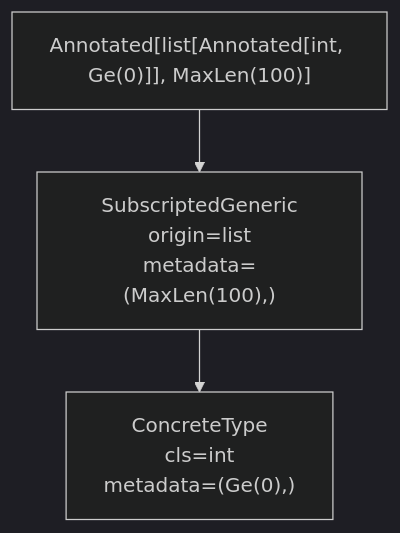
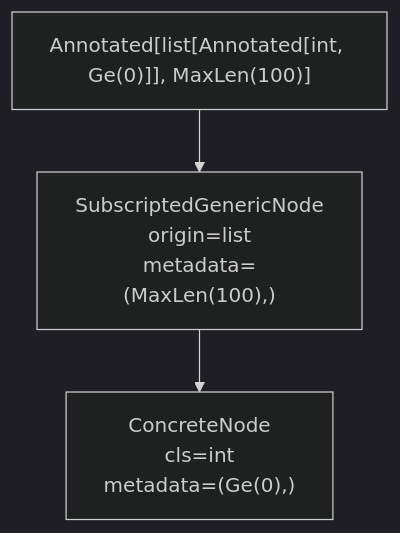
The diagram in docs/explanation/metadata.md (tbhb/typing-graph), drawn with Mermaid (dark theme) before and after one commit. The commit also changed other lines of this file and 50 other files, not shown here.

First line of the commit message:
refactor(api)!: standardize node and type guard naming conventions

````diff
--- a/docs/explanation/metadata.md
+++ b/docs/explanation/metadata.md
@@ -148,5 +148,5 @@
 ```mermaid
 flowchart TD
-    A["Annotated[list[Annotated[int, Ge(0)]], MaxLen(100)]"] --> B["SubscriptedGeneric<br/>origin=list<br/>metadata=(MaxLen(100),)"]
-    B --> C["ConcreteType<br/>cls=int<br/>metadata=(Ge(0),)"]
+    A["Annotated[list[Annotated[int, Ge(0)]], MaxLen(100)]"] --> B["SubscriptedGenericNode<br/>origin=list<br/>metadata=(MaxLen(100),)"]
+    B --> C["ConcreteNode<br/>cls=int<br/>metadata=(Ge(0),)"]
 ```
````
